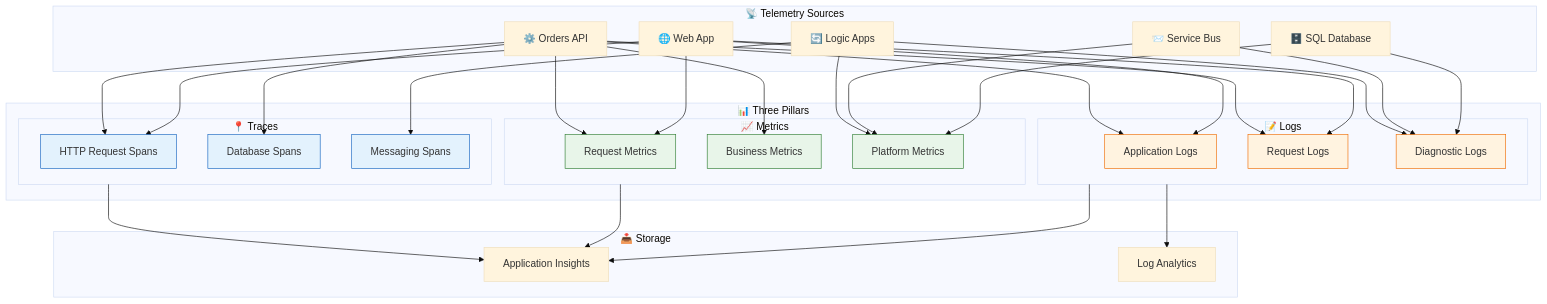
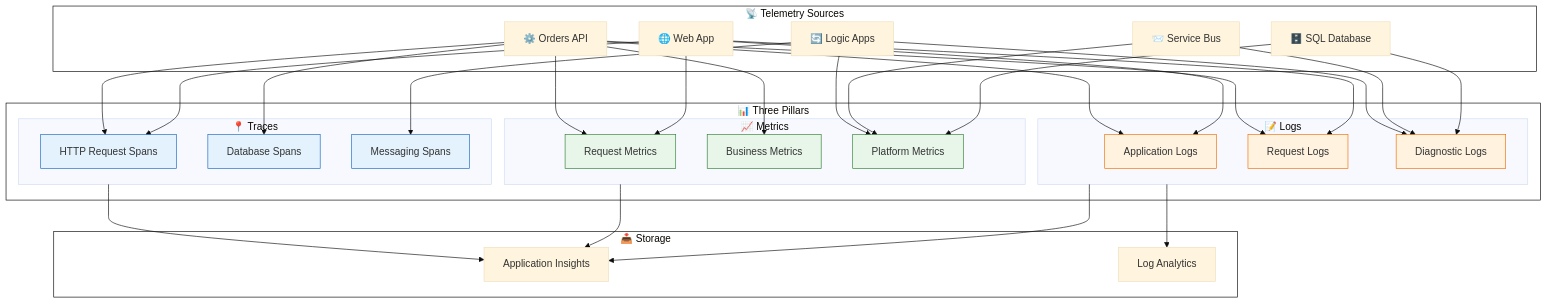
Before and after one commit to Evilazaro/Azure-LogicApps-Monitoring: the fifth of 6 diagrams in docs/architecture/02-data-architecture.md, drawn with Mermaid (base theme). The commit also changed other lines of this file and 2 other files, not shown here.

Commit message:
Refactor Mermaid diagrams for improved clarity and consistency in business and data architecture documentation

````diff
--- a/docs/architecture/02-data-architecture.md
+++ b/docs/architecture/02-data-architecture.md
@@ -245,54 +249,58 @@
 ```mermaid
 flowchart TB
-    subgraph Sources["📡 Telemetry Sources"]
+ subgraph Sources["📡 Telemetry Sources"]
         API["⚙️ Orders API"]
         Web["🌐 Web App"]
         LA["🔄 Logic Apps"]
         SB["📨 Service Bus"]
         SQL["🗄️ SQL Database"]
-    end
-
-    subgraph Pillars["📊 Three Pillars"]
-        subgraph Traces["📍 Traces"]
-            T1["HTTP Request Spans"]
-            T2["Database Spans"]
-            T3["Messaging Spans"]
-        end
-
-        subgraph Metrics["📈 Metrics"]
-            M1["Request Metrics"]
-            M2["Business Metrics"]
-            M3["Platform Metrics"]
-        end
-
-        subgraph Logs["📝 Logs"]
-            L1["Application Logs"]
-            L2["Request Logs"]
-            L3["Diagnostic Logs"]
-        end
-    end
-
-    subgraph Storage["📥 Storage"]
+  end
+ subgraph Traces["📍 Traces"]
+        T1["HTTP Request Spans"]
+        T2["Database Spans"]
+        T3["Messaging Spans"]
+  end
+ subgraph Metrics["📈 Metrics"]
+        M1["Request Metrics"]
+        M2["Business Metrics"]
+        M3["Platform Metrics"]
+  end
+ subgraph Logs["📝 Logs"]
+        L1["Application Logs"]
+        L2["Request Logs"]
+        L3["Diagnostic Logs"]
+  end
+ subgraph Pillars["📊 Three Pillars"]
+        Traces
+        Metrics
+        Logs
+  end
+ subgraph Storage["📥 Storage"]
         AI["Application Insights"]
         LAW["Log Analytics"]
-    end
-
+  end
     API --> T1 & T2 & M1 & M2 & L1 & L2
     Web --> T1 & M1 & L1 & L2
     LA --> T3 & M3 & L3
     SB --> M3 & L3
     SQL --> M3 & L3
-
     Traces --> AI
     Metrics --> AI
-    Logs --> AI
-    Logs --> LAW
+    Logs --> AI & LAW
 
+     T1:::trace
+     T2:::trace
+     T3:::trace
+     M1:::metric
+     M2:::metric
+     M3:::metric
+     L1:::log
+     L2:::log
+     L3:::log
     classDef trace fill:#e3f2fd,stroke:#1565c0
     classDef metric fill:#e8f5e9,stroke:#2e7d32
     classDef log fill:#fff3e0,stroke:#ef6c00
-
-    class T1,T2,T3 trace
-    class M1,M2,M3 metric
-    class L1,L2,L3 log
+    style Sources stroke:#000000,fill:#FFFFFF
+    style Pillars stroke:#000000,fill:#FFFFFF
+    style Storage stroke:#000000,fill:#FFFFFF
 ```
````
